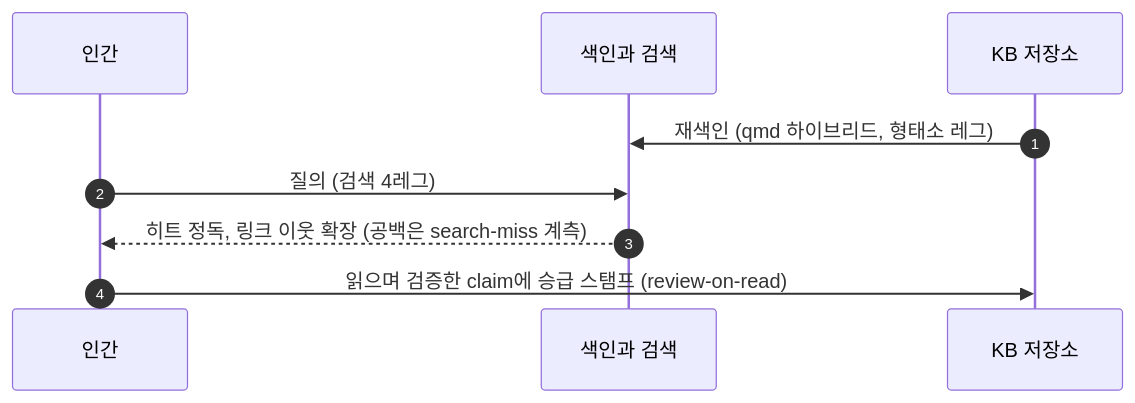
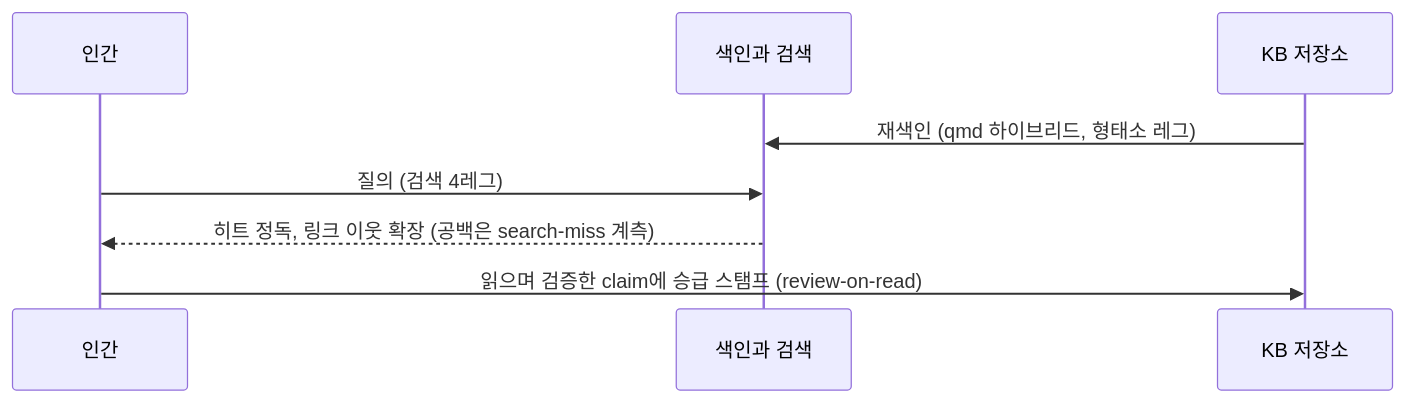
One commit to alteralab/syntopicon changed the third of 4 diagrams in README.md. Above: the diagram before and after it, drawn with Mermaid. The commit also changed other lines of this file, not shown here.

Commit message:
plan: 다이어그램 크기 실측 보정 — 두 그림 자연 폭 1221px 일치
useMaxWidth:false는 GitHub에서 잘림 동작(검색 확인)이라 제거하고 기본
스케일링으로. 크기 통일은 로컬 mermaid-cli 실측(1221 vs 1005) 후 읽기
쪽 actorMargin을 계산값(+108)으로 보정해 달성 — 래스터 시각 검증 통과.
autonumber는 라벨 겹침이라 제거.

````diff
--- a/README.md
+++ b/README.md
@@ -67,13 +66,12 @@
 ```mermaid
-%%{init: {"sequence": {"width": 140, "useMaxWidth": false, "messageMargin": 28, "boxMargin": 6}}}%%
+%%{init: {"sequence": {"width": 140, "messageMargin": 28, "boxMargin": 6, "actorMargin": 158}}}%%
 sequenceDiagram
-    autonumber
     participant H as 인간
     participant S as 색인과 검색
     participant K as KB 저장소
 
     K->>S: 재색인 (qmd 하이브리드, 형태소 레그)
     H->>S: 질의 (검색 4레그)
     S-->>H: 히트 정독, 링크 이웃 확장 (공백은 search-miss 계측)
     H->>K: 읽으며 검증한 claim에 승급 스탬프 (review-on-read)
 ```
````
